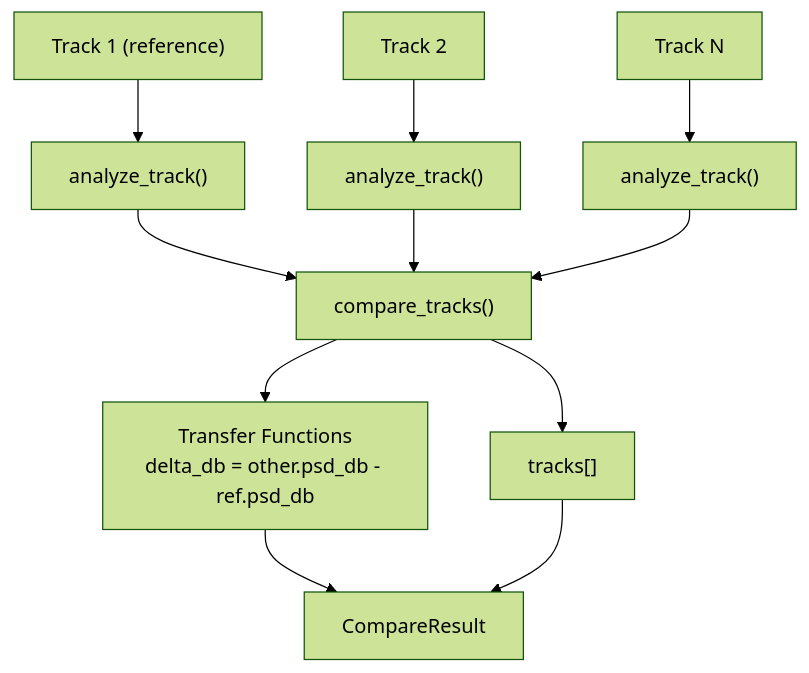
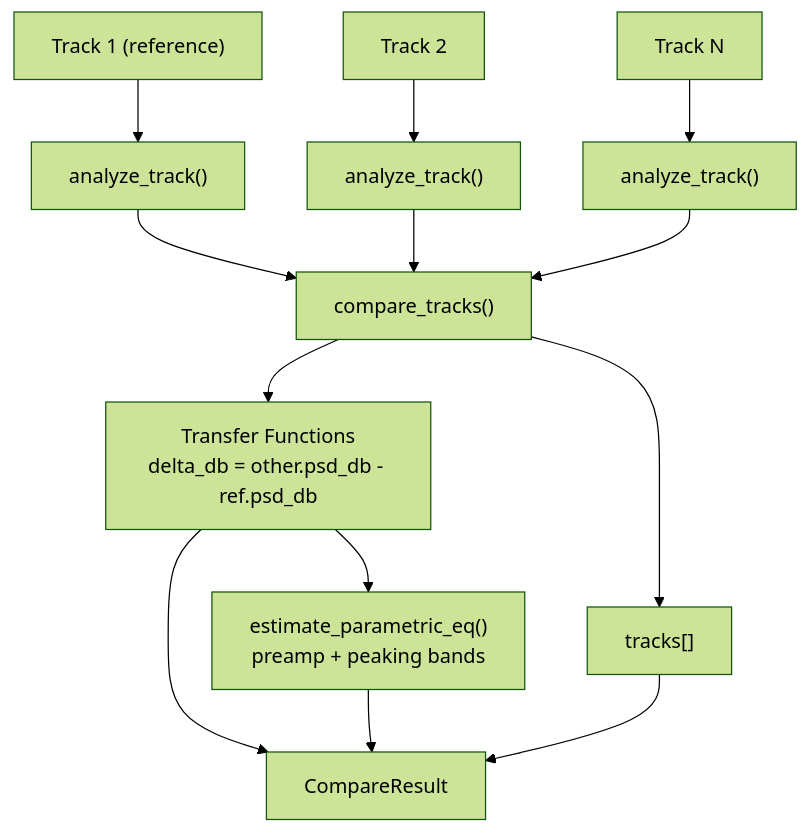
One commit to semnil/analyze-spectrum changed the fifth of 16 diagrams in docs/architecture.md. Above: the diagram before and after it, drawn with Mermaid (forest theme). The commit also changed other lines of this file and 12 other files, not shown here.

````diff
--- a/docs/architecture.md
+++ b/docs/architecture.md
@@ -133,20 +133,22 @@
 ```mermaid
 flowchart TD
     T1["Track 1 (reference)"]
     T2["Track 2"]
     TN["Track N"]
 
     T1 --> A1["analyze_track()"]
     T2 --> A2["analyze_track()"]
     TN --> AN["analyze_track()"]
 
     A1 --> CMP["compare_tracks()"]
     A2 --> CMP
     AN --> CMP
 
     CMP --> TF["Transfer Functions<br>delta_db = other.psd_db - ref.psd_db"]
     CMP --> TRACKS["tracks[]"]
 
     TF --> RES["CompareResult"]
+    TF --> EQ["estimate_parametric_eq()<br>preamp + peaking bands"]
+    EQ --> RES
     TRACKS --> RES
 ```
````
